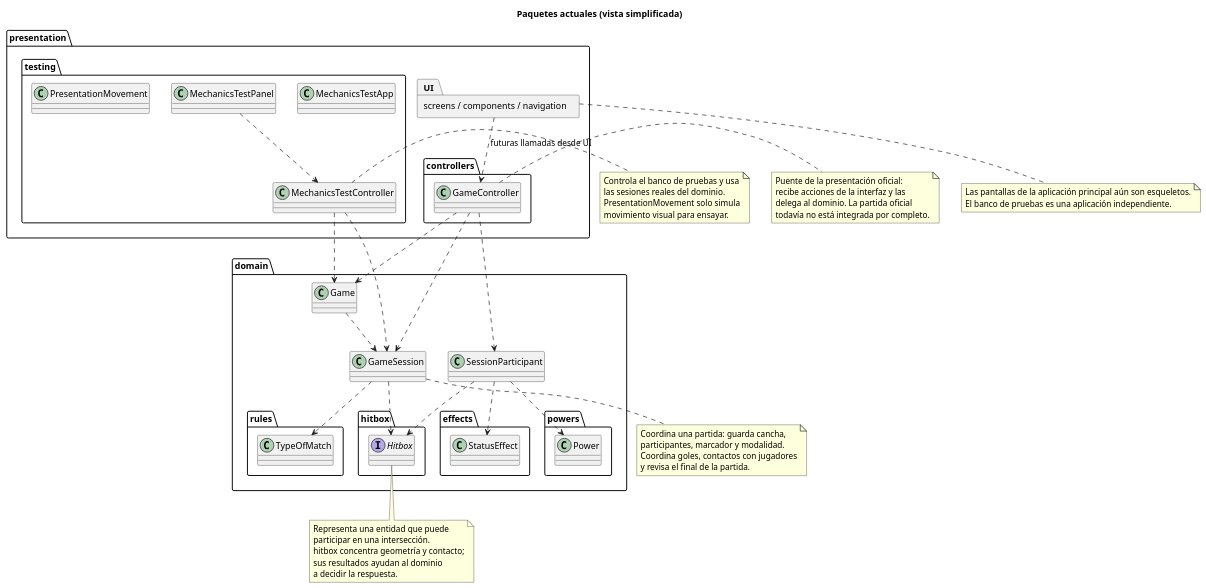
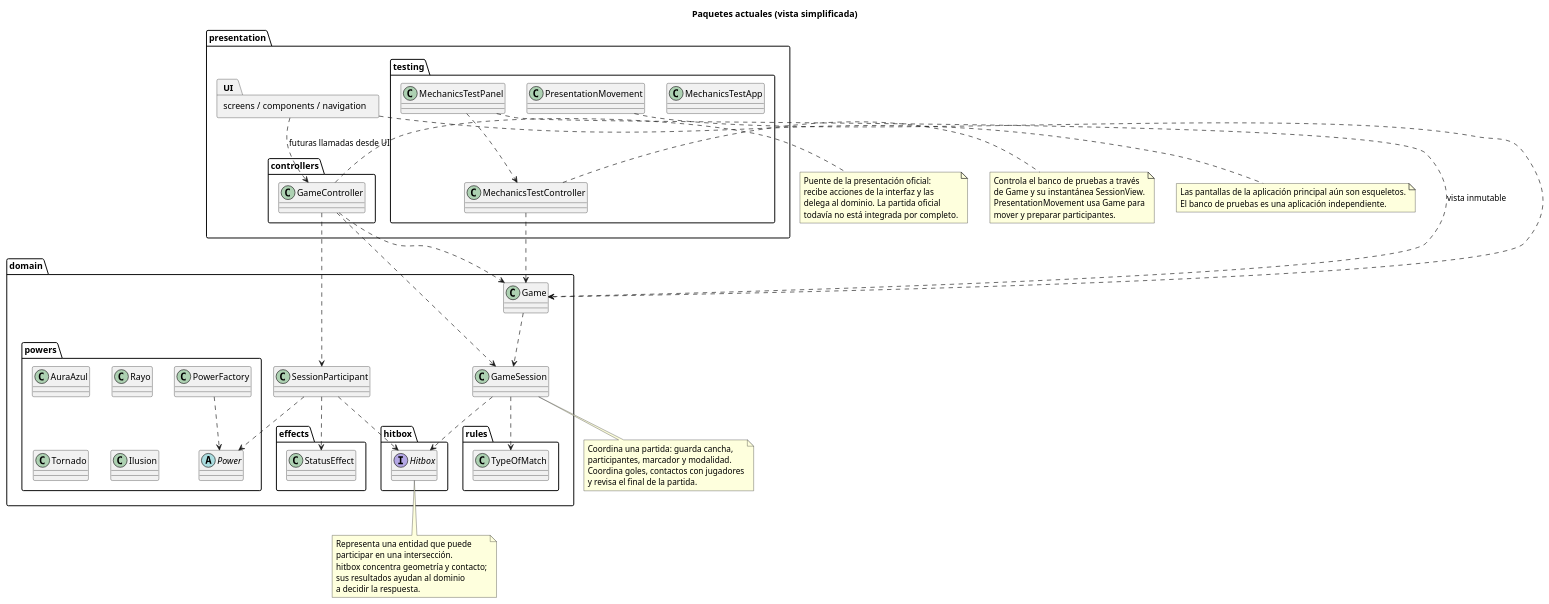
Before and after one commit to PaglkG/ProyectoFinal-Dopo: the diagram in docs/uml/package-diagram.puml, drawn with PlantUML. The commit also changed 59 other files, not shown here.

Commit message:
Implementa patadas con daño y aturdimiento, persistencia de estadísticas y poderes, amplía las pruebas y el banco visual, y muestra todas las hitboxes

```diff
--- a/docs/uml/package-diagram.puml
+++ b/docs/uml/package-diagram.puml
@@ -1,75 +1,82 @@
 @startuml
 allowmixing
 title Paquetes actuales (vista simplificada)
 package "presentation" {
   package "controllers" {
     class GameController
   }
   package "testing" {
     class MechanicsTestApp
     class MechanicsTestPanel
     class MechanicsTestController
     class PresentationMovement
   }
   package "screens / components / navigation" as UI
 }
 package "domain" {
   class Game
   class GameSession
   class SessionParticipant
   package "rules" {
     class TypeOfMatch
   }
   package "hitbox" {
     interface Hitbox
   }
   package "effects" {
     class StatusEffect
   }
   package "powers" {
-    class Power
+    abstract class Power
+    class AuraAzul
+    class Rayo
+    class Tornado
+    class Ilusion
+    class PowerFactory
   }
 }
 GameController ..> Game
 GameController ..> GameSession
 GameController ..> SessionParticipant
 Game ..> GameSession
 GameSession ..> TypeOfMatch
 GameSession ..> Hitbox
 SessionParticipant ..> Hitbox
 SessionParticipant ..> StatusEffect
 SessionParticipant ..> Power
+PowerFactory ..> Power
 UI ..> GameController : futuras llamadas desde UI
 MechanicsTestPanel ..> MechanicsTestController
+MechanicsTestPanel ..> Game : vista inmutable
 MechanicsTestController ..> Game
-MechanicsTestController ..> GameSession
+PresentationMovement ..> Game
 note bottom of UI
   Las pantallas de la aplicación principal aún son esqueletos.
   El banco de pruebas es una aplicación independiente.
 end note
 note right of GameController
   Puente de la presentación oficial:
   recibe acciones de la interfaz y las
   delega al dominio. La partida oficial
   todavía no está integrada por completo.
 end note
 note bottom of GameSession
   Coordina una partida: guarda cancha,
   participantes, marcador y modalidad.
   Coordina goles, contactos con jugadores
   y revisa el final de la partida.
 end note
 note bottom of Hitbox
   Representa una entidad que puede
   participar en una intersección.
   hitbox concentra geometría y contacto;
   sus resultados ayudan al dominio
   a decidir la respuesta.
 end note
 note right of MechanicsTestController
-  Controla el banco de pruebas y usa
-  las sesiones reales del dominio.
-  PresentationMovement solo simula
-  movimiento visual para ensayar.
+  Controla el banco de pruebas a través
+  de Game y su instantánea SessionView.
+  PresentationMovement usa Game para
+  mover y preparar participantes.
 end note
 @enduml
```
